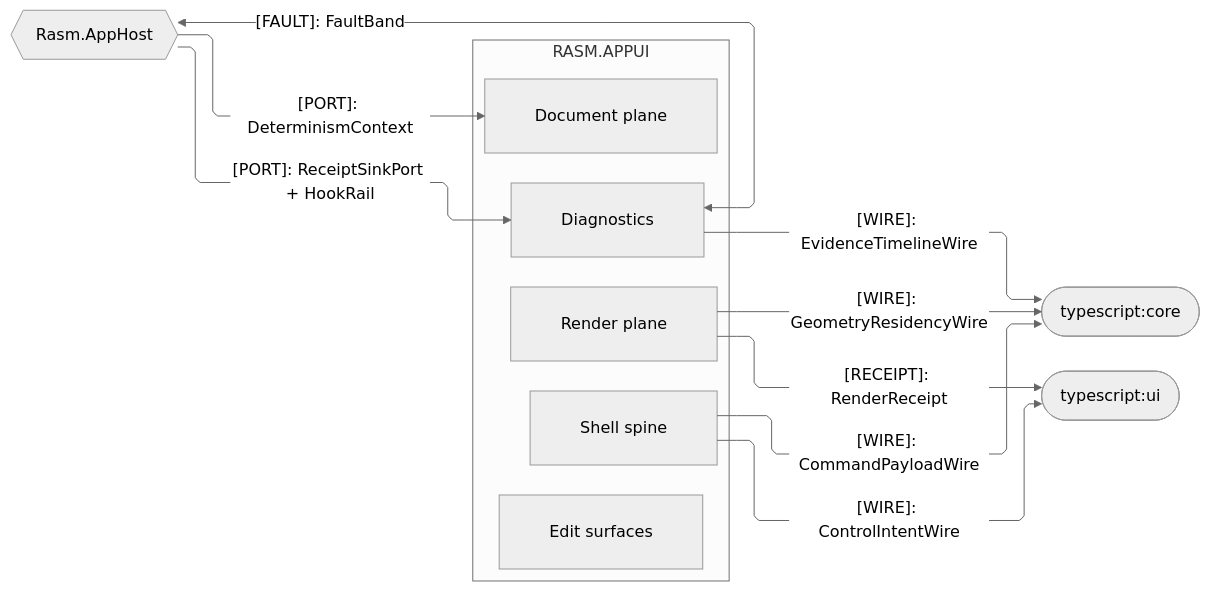
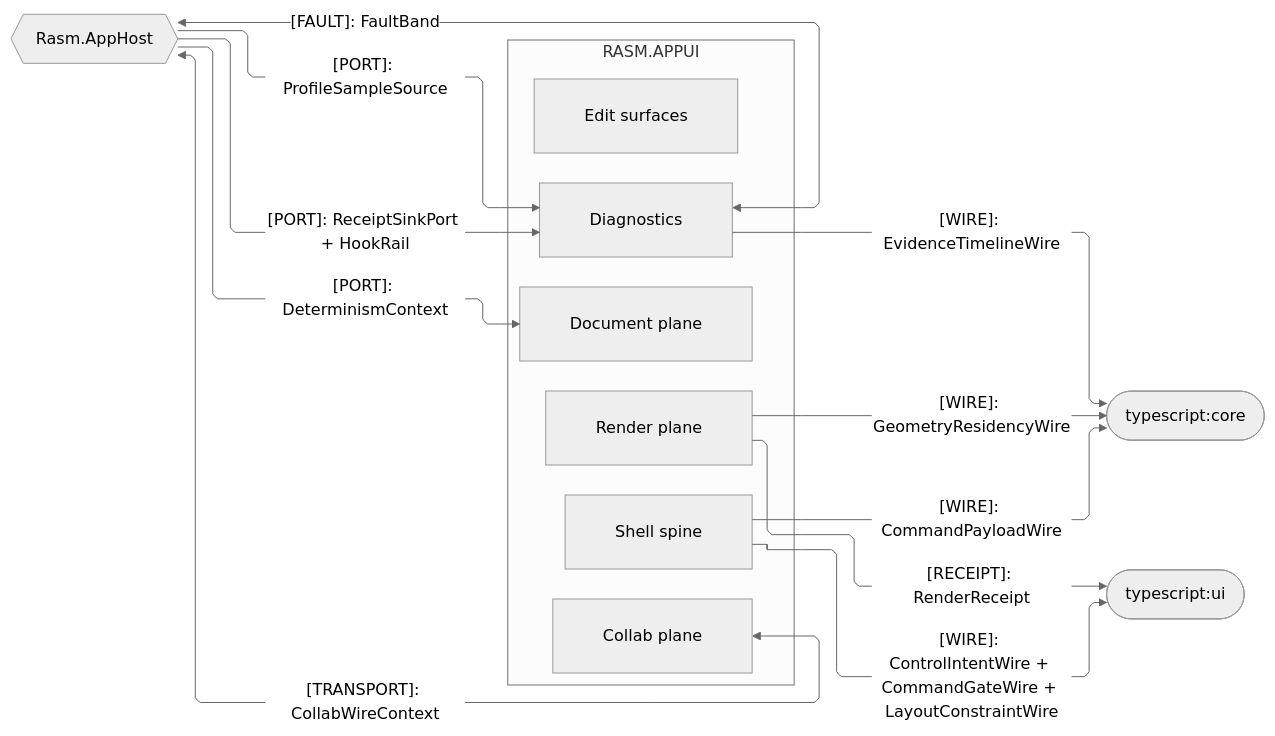
One commit to bsamiee/Rasm changed the third of 3 diagrams in libs/csharp/Rasm.AppUi/ARCHITECTURE.md. Above: the diagram before and after it, drawn with Mermaid (neutral theme). The commit also changed other lines of this file and 486 other files, not shown here.

````diff
--- a/libs/csharp/Rasm.AppUi/ARCHITECTURE.md
+++ b/libs/csharp/Rasm.AppUi/ARCHITECTURE.md
@@ -164,30 +164,33 @@
 ```mermaid
 ---
 config:
   layout: elk
   flowchart:
     curve: linear
     padding: 25
 ---
 flowchart LR
     accTitle: AppUi platform-host and cross-runtime wire seams
-    accDescr: AppUi shell, render, editing, document, and diagnostics owners exchanging command, residency, and evidence wires, render receipts, determinism and receipt-hook ports, and the fault-band adjacency with the app host and the TypeScript core and viewer peers.
+    accDescr: AppUi owners exchanging wires, receipts, ports, transport, and the fault-band adjacency with the app host and the TypeScript peers.
     subgraph appui[RASM.APPUI]
         Shell[Shell spine]
         Render[Render plane]
         Editing[Edit surfaces]
         Document[Document plane]
+        Collab[Collab plane]
         Diagnostics[Diagnostics]
     end
     AppHost{{Rasm.AppHost}}
     Core([typescript:core])
     Ui([typescript:ui])
     Shell -->|"[WIRE]: CommandPayloadWire"| Core
     Render -->|"[WIRE]: GeometryResidencyWire"| Core
     Diagnostics -->|"[WIRE]: EvidenceTimelineWire"| Core
-    Shell -->|"[WIRE]: ControlIntentWire"| Ui
+    Shell -->|"[WIRE]: ControlIntentWire + CommandGateWire + LayoutConstraintWire"| Ui
     Render -->|"[RECEIPT]: RenderReceipt"| Ui
     AppHost -->|"[PORT]: DeterminismContext"| Document
     Diagnostics <-->|"[FAULT]: FaultBand"| AppHost
     AppHost -->|"[PORT]: ReceiptSinkPort + HookRail"| Diagnostics
+    AppHost -->|"[PORT]: ProfileSampleSource"| Diagnostics
+    Collab <-->|"[TRANSPORT]: CollabWireContext"| AppHost
 ```
````
